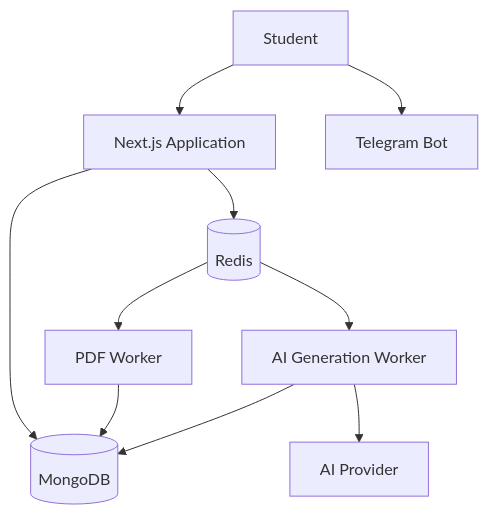
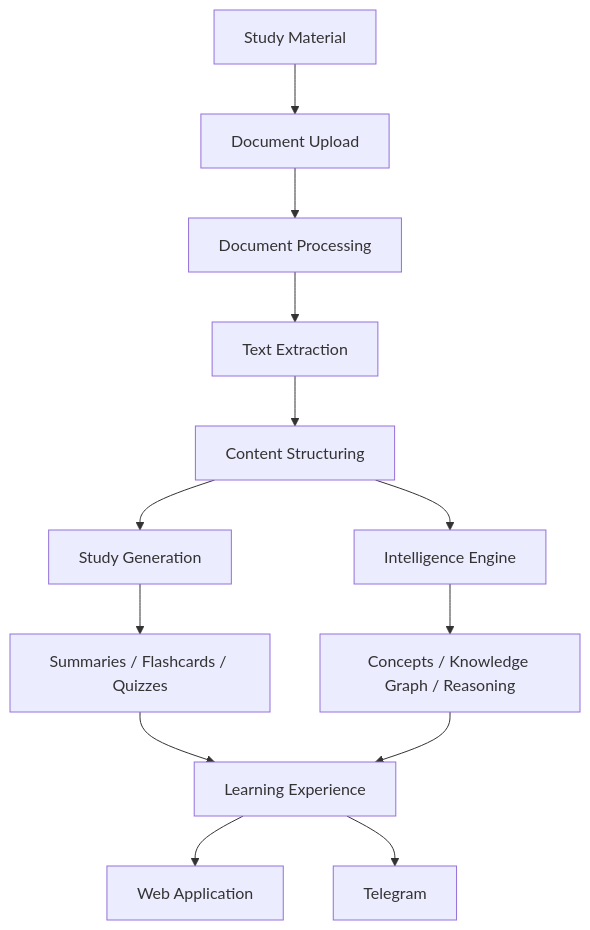
One commit to ANG-KUNG-TANG/ai-study-ass changed the first of 8 diagrams in README.md. Above: the diagram before and after it, drawn with Mermaid. The commit also changed other lines of this file, not shown here.

````diff
--- a/README.md
+++ b/README.md
@@ -393,18 +66,15 @@
 ```mermaid
 flowchart TD
-    User[Student]
-
-    User --> Web[Next.js Application]
-    User --> Telegram[Telegram Bot]
-
-    Web --> Mongo[(MongoDB)]
-    Web --> Redis[(Redis)]
-
-    Redis --> PDF[PDF Worker]
-    Redis --> AI[AI Generation Worker]
-
-    PDF --> Mongo
-    AI --> Mongo
-
-    AI --> Provider[AI Provider]
+    A[Study Material] --> B[Document Upload]
+    B --> C[Document Processing]
+    C --> D[Text Extraction]
+    D --> E[Content Structuring]
+    E --> F[Study Generation]
+    E --> G[Intelligence Engine]
+    F --> H[Summaries / Flashcards / Quizzes]
+    G --> I[Concepts / Knowledge Graph / Reasoning]
+    H --> J[Learning Experience]
+    I --> J
+    J --> K[Web Application]
+    J --> L[Telegram]
 ```
````
